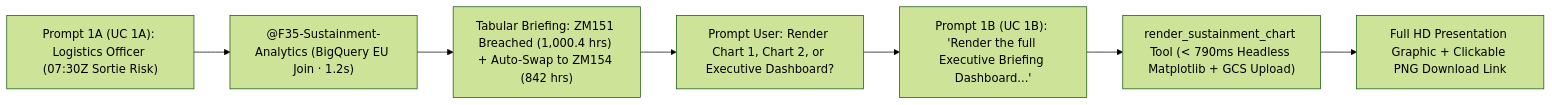
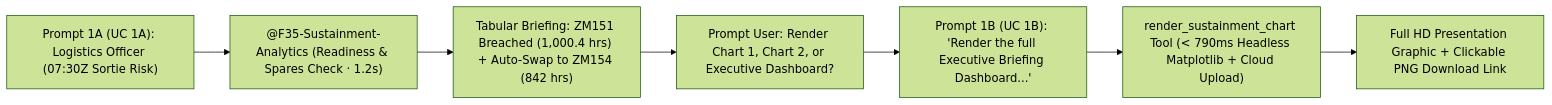
One commit to edwardsda-prog/f35 changed the third of 4 diagrams in DEMO_STORYBOARD.md. Above: the diagram before and after it, drawn with Mermaid (forest theme). The commit also changed other lines of this file and 5 other files, not shown here.

````diff
--- a/DEMO_STORYBOARD.md
+++ b/DEMO_STORYBOARD.md
@@ -93,9 +93,9 @@
 ```mermaid
 flowchart LR
-    U1A["Prompt 1A (UC 1A): Logistics Officer (07:30Z Sortie Risk)"] --> R1A["@F35-Sustainment-Analytics (BigQuery EU Join · 1.2s)"]
+    U1A["Prompt 1A (UC 1A): Logistics Officer (07:30Z Sortie Risk)"] --> R1A["@F35-Sustainment-Analytics (Readiness & Spares Check · 1.2s)"]
     R1A --> S1["Tabular Briefing: ZM151 Breached (1,000.4 hrs) + Auto-Swap to ZM154 (842 hrs)"]
     S1 --> P1["Prompt User: Render Chart 1, Chart 2, or Executive Dashboard?"]
     P1 --> U1B["Prompt 1B (UC 1B): 'Render the full Executive Briefing Dashboard...'"]
-    U1B --> T1["render_sustainment_chart Tool (< 790ms Headless Matplotlib + GCS Upload)"]
+    U1B --> T1["render_sustainment_chart Tool (< 790ms Headless Matplotlib + Cloud Upload)"]
     T1 --> C1["Full HD Presentation Graphic + Clickable PNG Download Link"]
 ```
````
